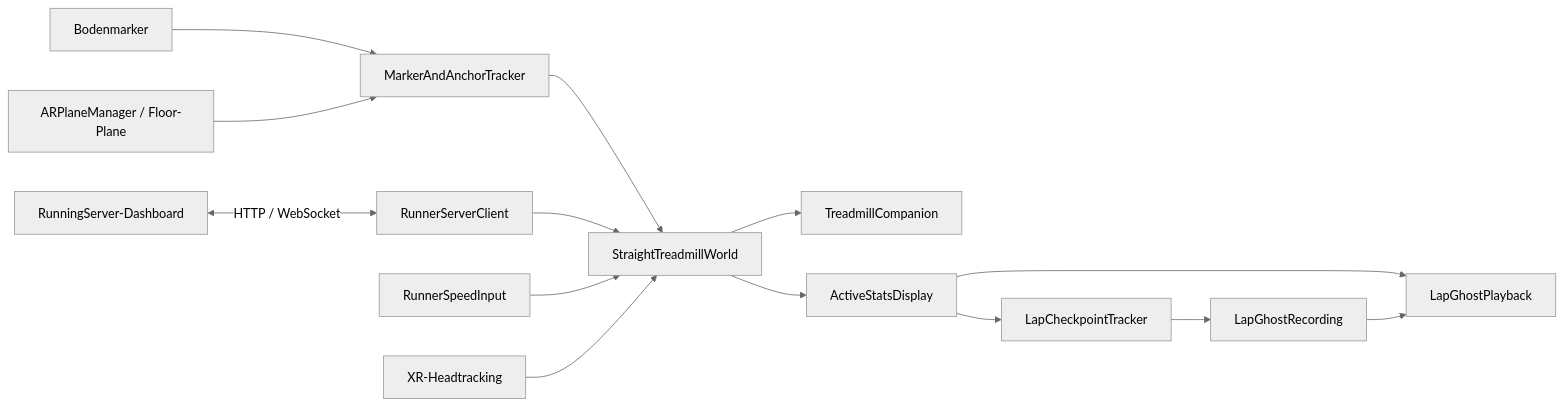
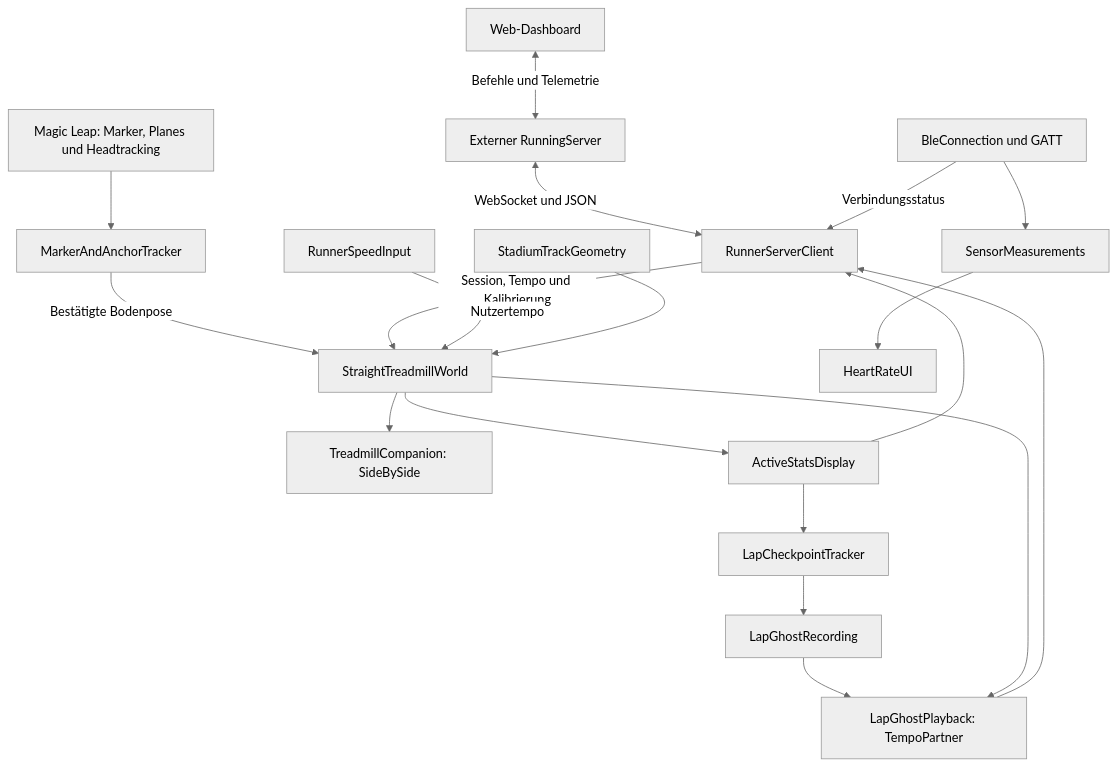
One commit to kaanguen/mgleap changed the diagram in README.md. Above: the diagram before and after it, drawn with Mermaid (neutral theme). The commit also changed other lines of this file and 1 other file, not shown here.

````diff
--- a/README.md
+++ b/README.md
@@ -292,16 +71,21 @@
 ```mermaid
-flowchart LR
-    Tag[Bodenmarker] --> Tracker[MarkerAndAnchorTracker]
-    Plane[ARPlaneManager / Floor-Plane] --> Tracker
-    Tracker --> World[StraightTreadmillWorld]
-    Web[RunningServer-Dashboard] <-->|HTTP / WebSocket| Bridge[RunnerServerClient]
-    Bridge --> World
-    Input[RunnerSpeedInput] --> World
-    Head[XR-Headtracking] --> World
-    World --> Side[TreadmillCompanion]
+flowchart TD
+    Dashboard[Web-Dashboard] <-->|Befehle und Telemetrie| Server[Externer RunningServer]
+    Server <-->|WebSocket und JSON| Client[RunnerServerClient]
+    XR[Magic Leap: Marker, Planes und Headtracking] --> Tracker[MarkerAndAnchorTracker]
+    Tracker -->|Bestätigte Bodenpose| World[StraightTreadmillWorld]
+    Client -->|Session, Tempo und Kalibrierung| World
+    Speed[RunnerSpeedInput] -->|Nutzertempo| World
+    Geometry[StadiumTrackGeometry] --> World
+    World --> Companion[TreadmillCompanion: SideBySide]
     World --> Stats[ActiveStatsDisplay]
-    Stats --> Ghost[LapGhostPlayback]
-    Stats --> Records[LapCheckpointTracker]
-    Records --> Profile[LapGhostRecording]
-    Profile --> Ghost
+    Stats --> Checkpoints[LapCheckpointTracker]
+    Checkpoints --> Recording[LapGhostRecording]
+    Recording --> Playback[LapGhostPlayback: TempoPartner]
+    World --> Playback
+    Stats --> Client
+    Playback --> Client
+    BLE[BleConnection und GATT] --> Measurements[SensorMeasurements]
+    Measurements --> SensorUI[HeartRateUI]
+    BLE -->|Verbindungsstatus| Client
 ```
````
